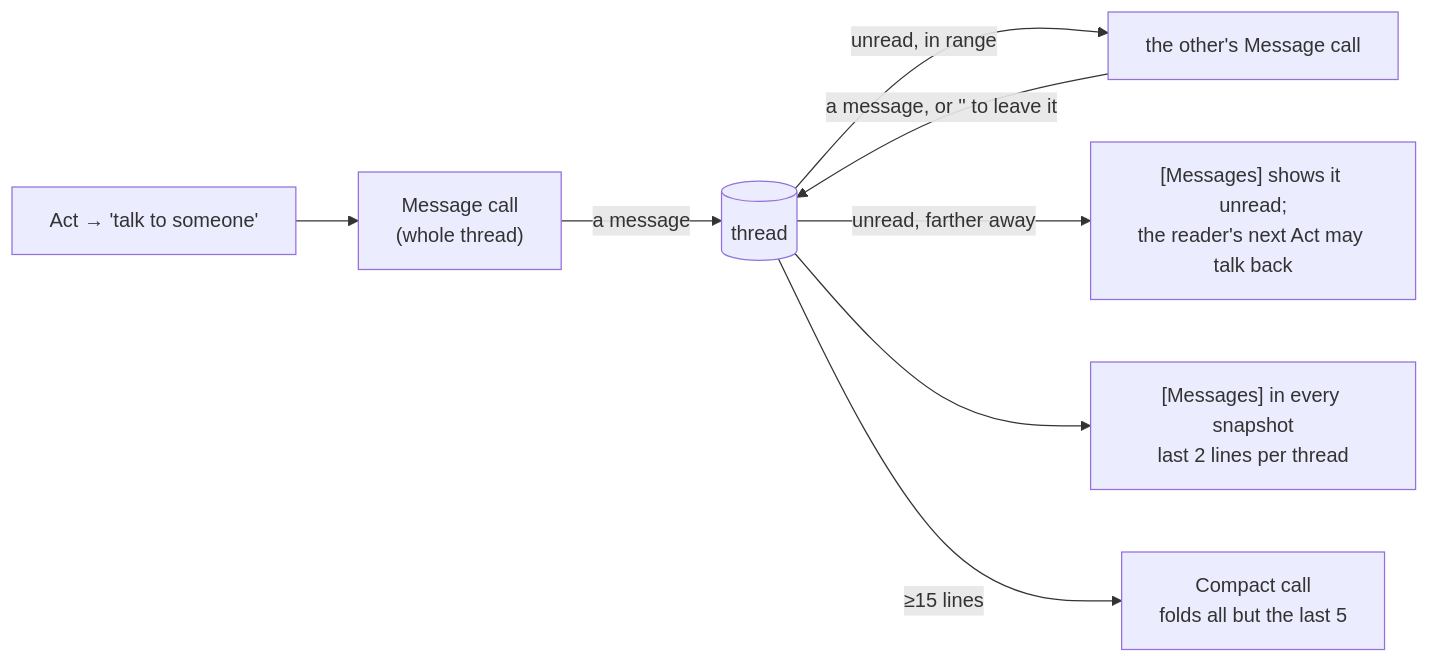
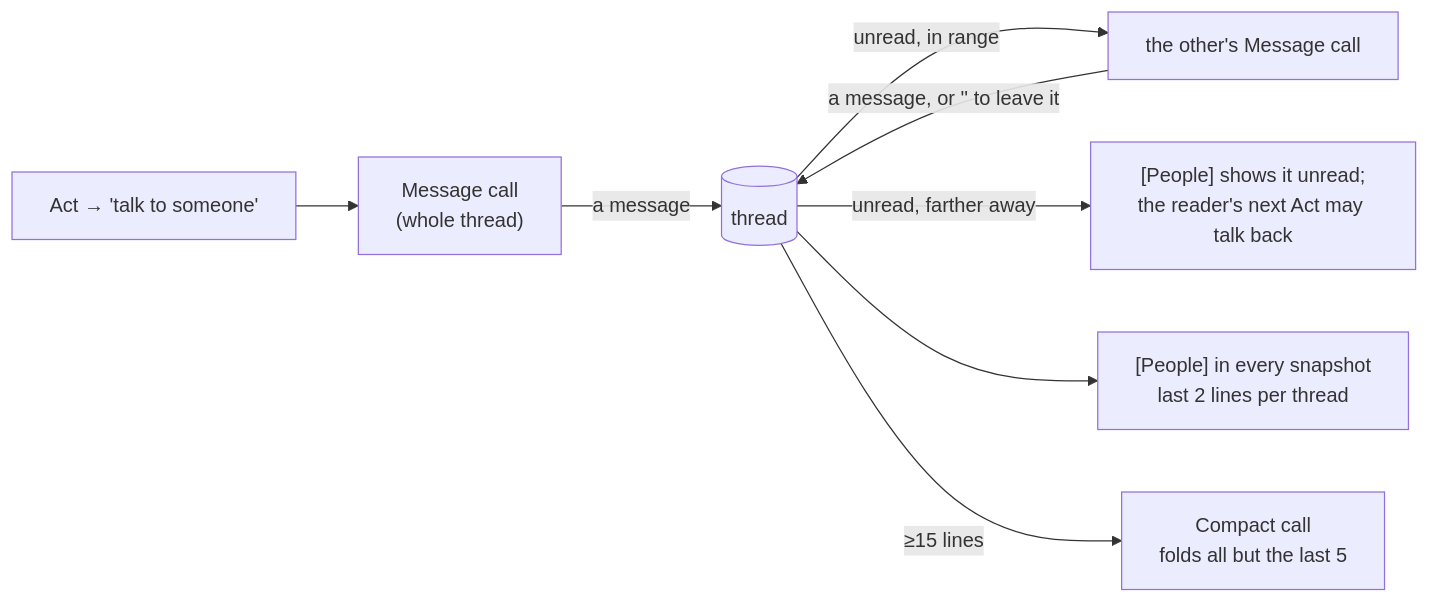
The eighth of 9 diagrams in README.md (ManuelPDM/RimAIFriend), drawn with Mermaid before and after one commit. The commit also changed other lines of this file and 16 other files, not shown here.

````diff
--- a/README.md
+++ b/README.md
@@ -662,10 +665,10 @@
 ```mermaid
 flowchart LR
     Act["Act → 'talk to someone'"] --> MC["Message call<br/>(whole thread)"]
     MC -- "a message" --> TH[("thread")]
     TH -- "unread, in range" --> MC2["the other's Message call"]
-    TH -- "unread, farther away" --> Later["[Messages] shows it unread;<br/>the reader's next Act may talk back"]
+    TH -- "unread, farther away" --> Later["[People] shows it unread;<br/>the reader's next Act may talk back"]
     MC2 -- "a message, or '' to leave it" --> TH
-    TH --> Snap["[Messages] in every snapshot<br/>last 2 lines per thread"]
+    TH --> Snap["[People] in every snapshot<br/>last 2 lines per thread"]
     TH -- "≥15 lines" --> Compact["Compact call<br/>folds all but the last 5"]
 ```
````
